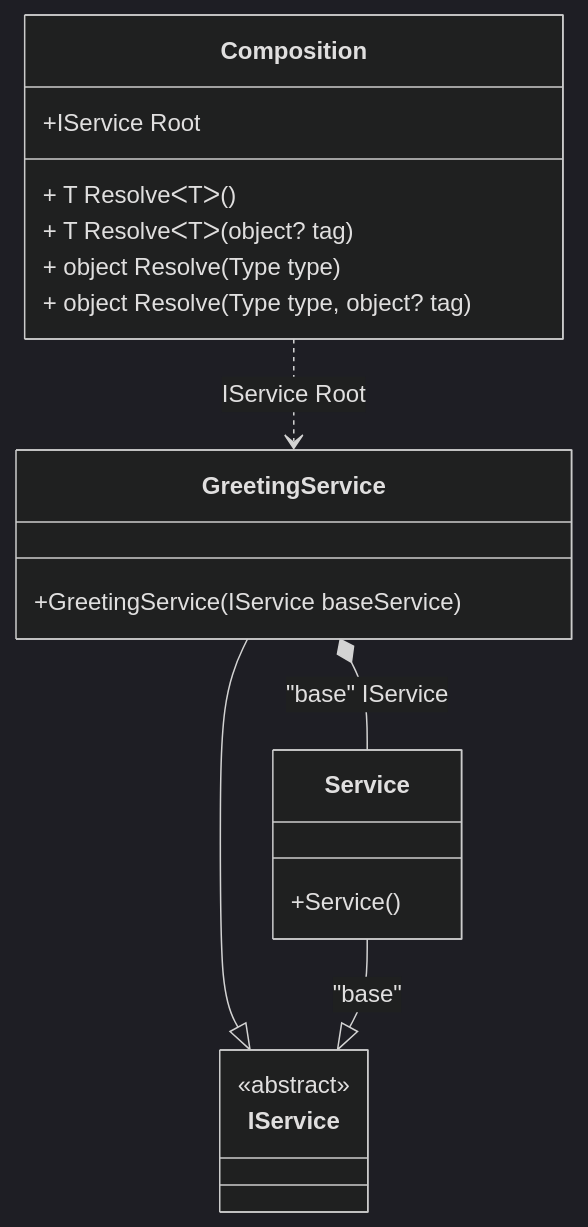
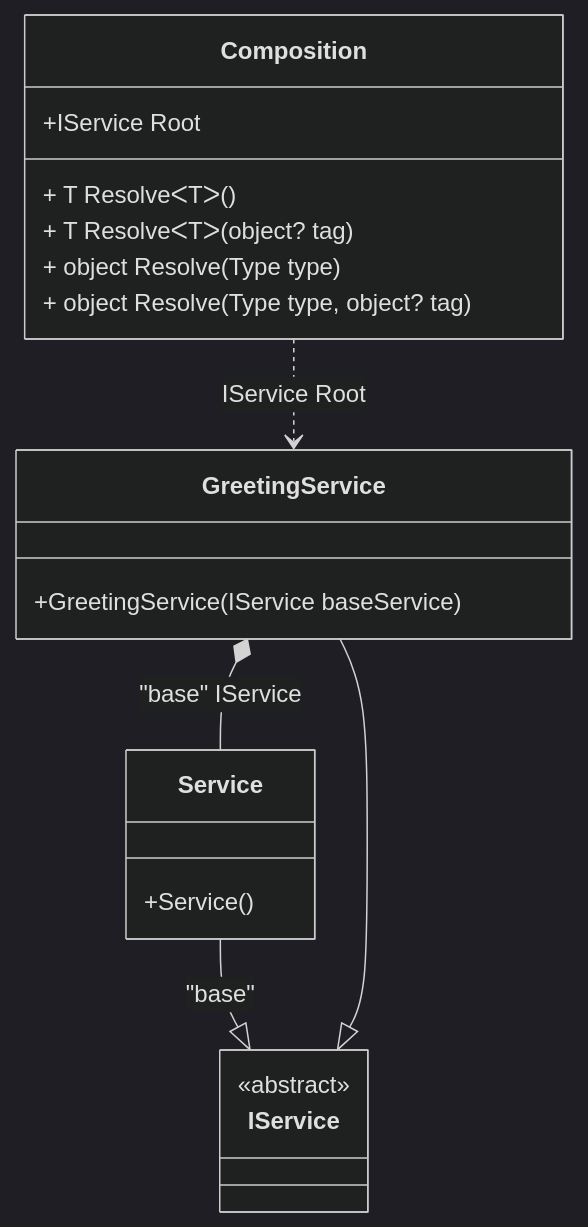
One commit to DevTeam/Pure.DI changed the diagram in readme/decorator.md. Above: the diagram before and after it, drawn with Mermaid (dark theme). The commit also changed other lines of this file and 58 other files, not shown here.

Commit message:
Fixes an issue where overloaded bindings can be applied in the wrong sequence

````diff
--- a/readme/decorator.md
+++ b/readme/decorator.md
@@ -33,23 +33,23 @@
 ```mermaid
 classDiagram
   class Composition {
     +IService Root
     + T ResolveᐸTᐳ()
     + T ResolveᐸTᐳ(object? tag)
     + object Resolve(Type type)
     + object Resolve(Type type, object? tag)
   }
+  Service --|> IService : "base" 
+  class Service {
+    +Service()
+  }
   GreetingService --|> IService : 
   class GreetingService {
     +GreetingService(IService baseService)
-  }
-  Service --|> IService : "base" 
-  class Service {
-    +Service()
   }
   class IService {
     <<abstract>>
   }
   GreetingService *--  Service : "base"  IService
   Composition ..> GreetingService : IService Root
 ```
````
